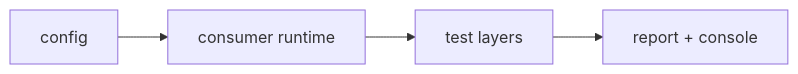
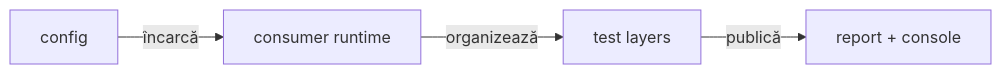
The first of 8 diagrams in atf-test-practice-shop/README.md (crististefanita/demo2), drawn with Mermaid before and after one commit. The commit also changed other lines of this file and 102 other files, not shown here.

````diff
--- a/atf-test-practice-shop/README.md
+++ b/atf-test-practice-shop/README.md
@@ -12,6 +12,6 @@
 ```mermaid
 flowchart LR
-    Config["config"] --> Runtime["consumer runtime"]
-    Runtime --> Pyramid["test layers"]
-    Pyramid --> Evidence["report + console"]
+    Config["config"] -->|încarcă| Runtime["consumer runtime"]
+    Runtime -->|organizează| Pyramid["test layers"]
+    Pyramid -->|publică| Evidence["report + console"]
 ```
````
